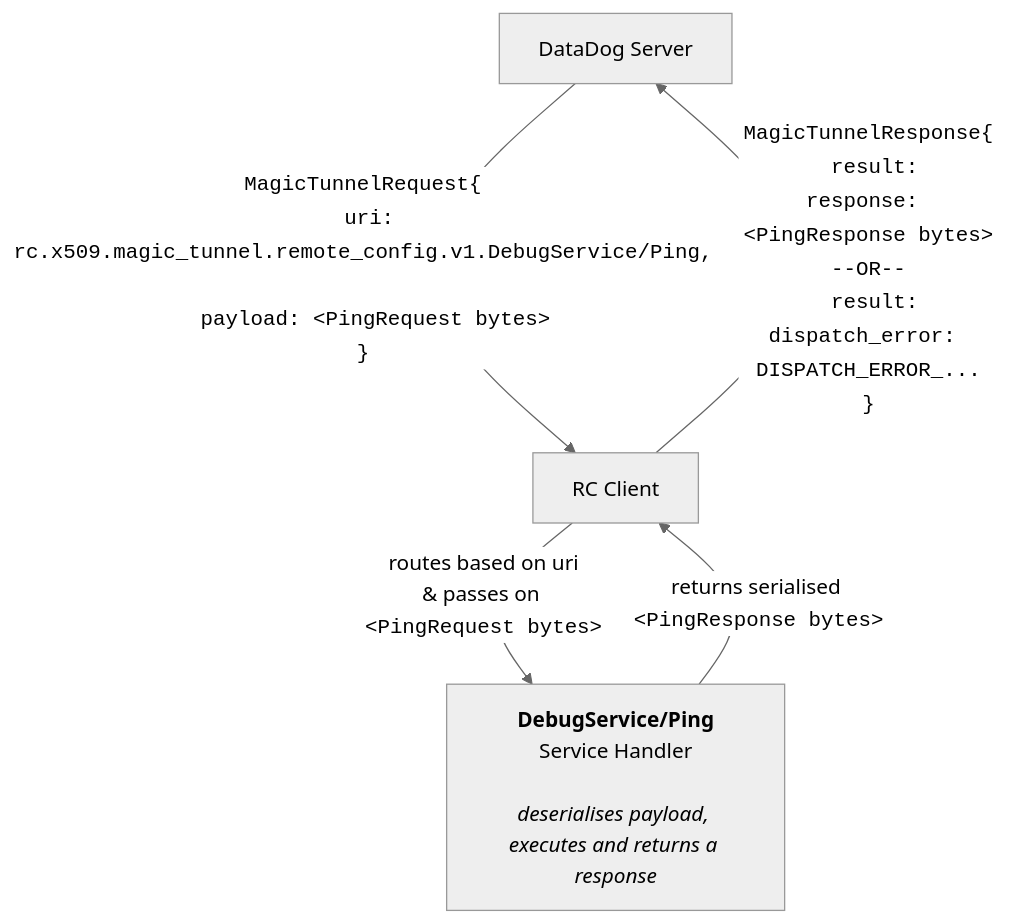
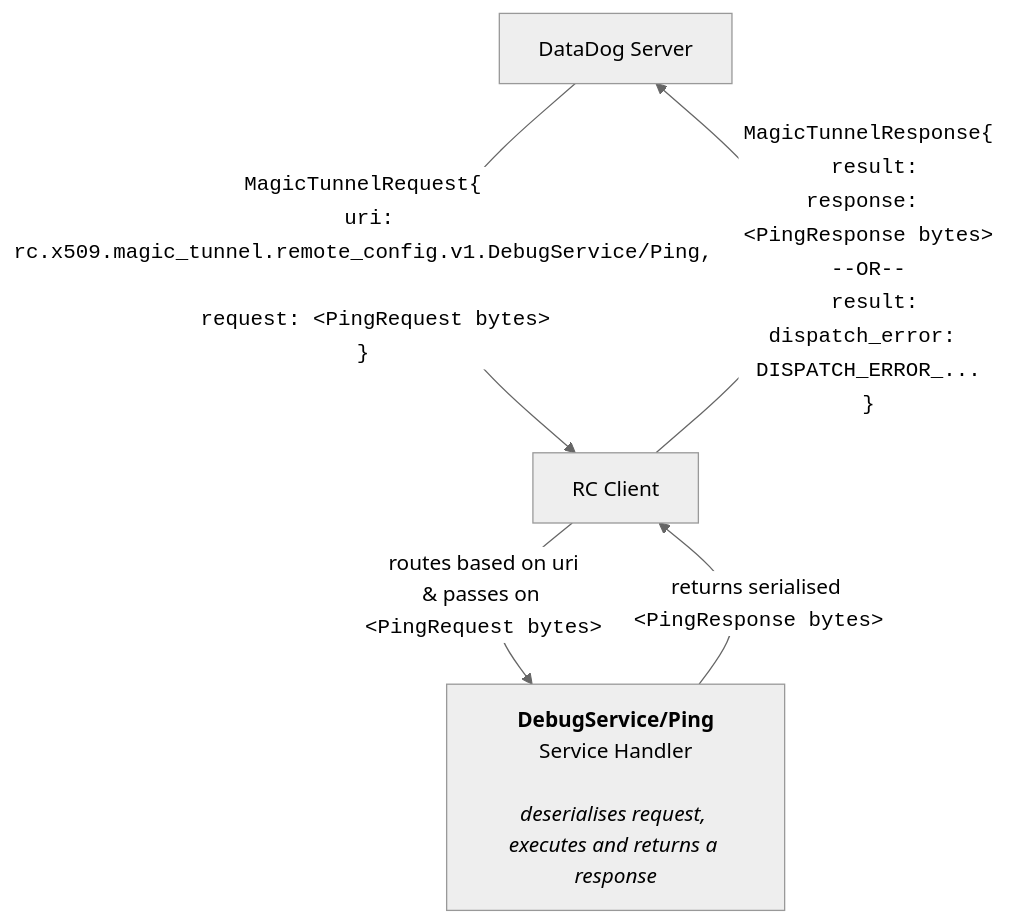
Before and after one commit to DataDog/libdd-rc: the diagram in lib/rc-x509-proto/protos/magic_tunnel/README.md, drawn with Mermaid (neutral theme). The commit also changed 2 other files, not shown here.

````diff
--- a/lib/rc-x509-proto/protos/magic_tunnel/README.md
+++ b/lib/rc-x509-proto/protos/magic_tunnel/README.md
@@ -25,23 +25,23 @@
 ```mermaid
 graph TD
     %% Nodes
     DD[DataDog Server]
     RC[RC Client]
 
-    DH["<b>DebugService/Ping</b><br/>Service Handler<br/><br/><i>deserialises payload, executes and returns a response</i>"]
+    DH["<b>DebugService/Ping</b><br/>Service Handler<br/><br/><i>deserialises request, executes and returns a response</i>"]
 
 
     %% Connections with Labels using <code> for monospacing
-    DD -- "<code>MagicTunnelRequest{<br/>  uri: rc.x509.magic_tunnel.remote_config.v1.DebugService/Ping,<br/><br/>  payload: &lt;PingRequest bytes&gt;<br/>}</code>" --> RC
+    DD -- "<code>MagicTunnelRequest{<br/>  uri: rc.x509.magic_tunnel.remote_config.v1.DebugService/Ping,<br/><br/>  request: &lt;PingRequest bytes&gt;<br/>}</code>" --> RC
 
     RC -- "<code>MagicTunnelResponse{<br/> result:<br />response: &lt;PingResponse bytes&gt;<br/>--OR--<br/>  result: dispatch_error: DISPATCH_ERROR_...<br/>}</code>" --> DD
 
     RC -- "routes based on uri<br/>& passes on <code>&lt;PingRequest bytes&gt;</code>" --> DH
 
     DH -- "returns serialised <code>&lt;PingResponse bytes&gt;</code>" --> RC
 
 
     %% Styling
     style DH text-align:center
     style RC padding:10px
 ```
````
